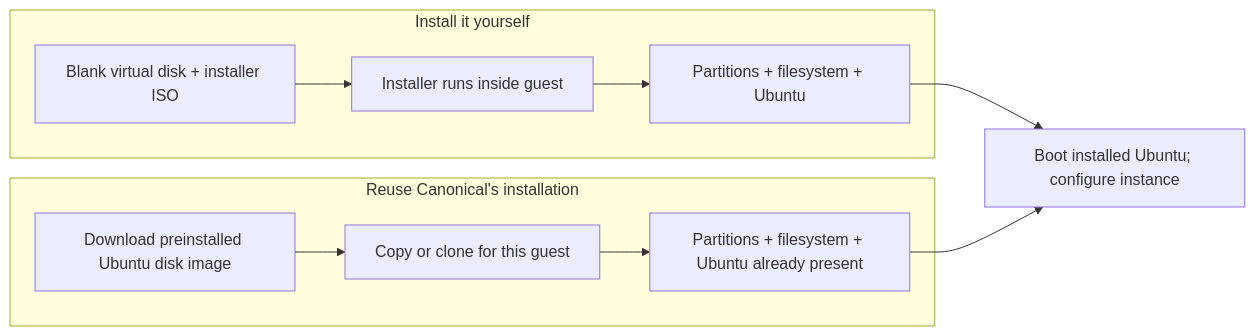
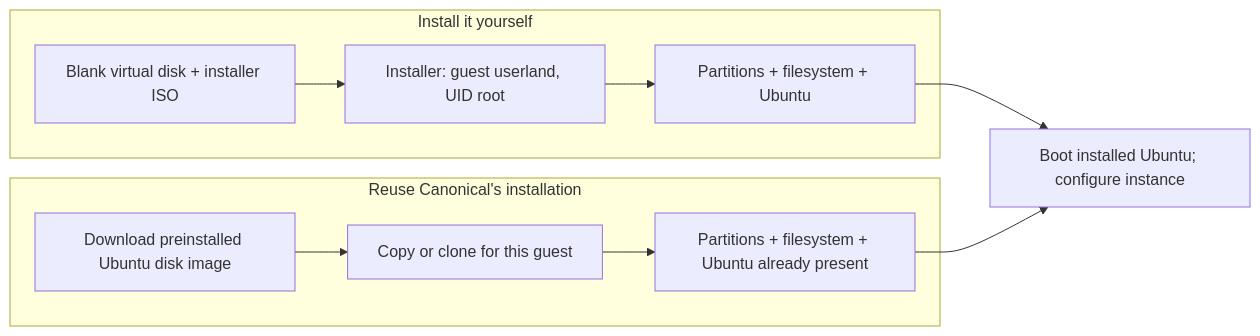
The third of 9 diagrams in docs/gpu-vm-explained.md (andyjakubowski/dotfiles-ubuntu), drawn with Mermaid before and after one commit. The commit also changed other lines of this file and 9 other files, not shown here.

````diff
--- a/docs/gpu-vm-explained.md
+++ b/docs/gpu-vm-explained.md
@@ -142,13 +425,13 @@
 ```mermaid
 flowchart LR
     subgraph installer["Install it yourself"]
-        blank["Blank virtual disk + installer ISO"] --> install["Installer runs inside guest"]
+        blank["Blank virtual disk + installer ISO"] --> install["Installer: guest userland, UID root"]
         install --> installed["Partitions + filesystem + Ubuntu"]
     end
     subgraph image["Reuse Canonical's installation"]
         download["Download preinstalled Ubuntu disk image"] --> copy["Copy or clone for this guest"]
         copy --> ready["Partitions + filesystem + Ubuntu already present"]
     end
     installed --> boot["Boot installed Ubuntu; configure instance"]
     ready --> boot
 ```
````
